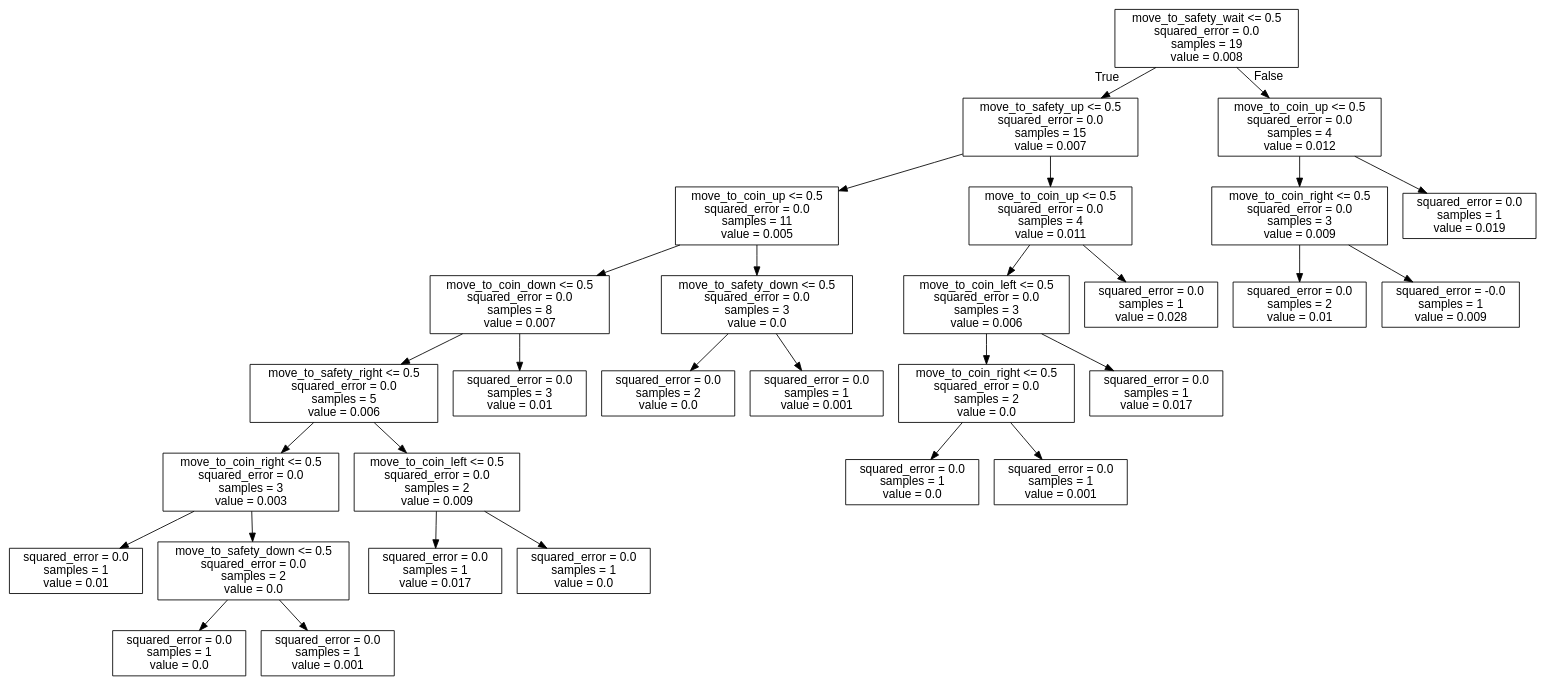
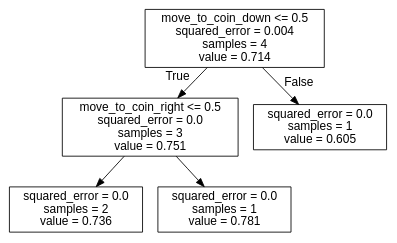
One commit to J-Gann/FML changed the diagram in bomberman_rl/agent_code/my_agent/trees/BOMB.dot. Above: the diagram before and after it, drawn with Graphviz. The commit also changed 10 other files, not shown here.

```diff
--- a/bomberman_rl/agent_code/my_agent/trees/BOMB.dot
+++ b/bomberman_rl/agent_code/my_agent/trees/BOMB.dot
@@ -1,61 +1,13 @@
 digraph Tree {
 node [shape=box, fontname="helvetica"] ;
 edge [fontname="helvetica"] ;
-0 [label="move_to_safety_wait <= 0.5\nsquared_error = 0.0\nsamples = 19\nvalue = 0.008"] ;
-1 [label="move_to_safety_up <= 0.5\nsquared_error = 0.0\nsamples = 15\nvalue = 0.007"] ;
+0 [label="move_to_coin_down <= 0.5\nsquared_error = 0.004\nsamples = 4\nvalue = 0.714"] ;
+1 [label="move_to_coin_right <= 0.5\nsquared_error = 0.0\nsamples = 3\nvalue = 0.751"] ;
 0 -> 1 [labeldistance=2.5, labelangle=45, headlabel="True"] ;
-2 [label="move_to_coin_up <= 0.5\nsquared_error = 0.0\nsamples = 11\nvalue = 0.005"] ;
+2 [label="squared_error = 0.0\nsamples = 2\nvalue = 0.736"] ;
 1 -> 2 ;
-3 [label="move_to_coin_down <= 0.5\nsquared_error = 0.0\nsamples = 8\nvalue = 0.007"] ;
-2 -> 3 ;
-4 [label="move_to_safety_right <= 0.5\nsquared_error = 0.0\nsamples = 5\nvalue = 0.006"] ;
-3 -> 4 ;
-5 [label="move_to_coin_right <= 0.5\nsquared_error = 0.0\nsamples = 3\nvalue = 0.003"] ;
-4 -> 5 ;
-6 [label="squared_error = 0.0\nsamples = 1\nvalue = 0.01"] ;
-5 -> 6 ;
-7 [label="move_to_safety_down <= 0.5\nsquared_error = 0.0\nsamples = 2\nvalue = 0.0"] ;
-5 -> 7 ;
-8 [label="squared_error = 0.0\nsamples = 1\nvalue = 0.0"] ;
-7 -> 8 ;
-9 [label="squared_error = 0.0\nsamples = 1\nvalue = 0.001"] ;
-7 -> 9 ;
-10 [label="move_to_coin_left <= 0.5\nsquared_error = 0.0\nsamples = 2\nvalue = 0.009"] ;
-4 -> 10 ;
-11 [label="squared_error = 0.0\nsamples = 1\nvalue = 0.017"] ;
-10 -> 11 ;
-12 [label="squared_error = 0.0\nsamples = 1\nvalue = 0.0"] ;
-10 -> 12 ;
-13 [label="squared_error = 0.0\nsamples = 3\nvalue = 0.01"] ;
-3 -> 13 ;
-14 [label="move_to_safety_down <= 0.5\nsquared_error = 0.0\nsamples = 3\nvalue = 0.0"] ;
-2 -> 14 ;
-15 [label="squared_error = 0.0\nsamples = 2\nvalue = 0.0"] ;
-14 -> 15 ;
-16 [label="squared_error = 0.0\nsamples = 1\nvalue = 0.001"] ;
-14 -> 16 ;
-17 [label="move_to_coin_up <= 0.5\nsquared_error = 0.0\nsamples = 4\nvalue = 0.011"] ;
-1 -> 17 ;
-18 [label="move_to_coin_left <= 0.5\nsquared_error = 0.0\nsamples = 3\nvalue = 0.006"] ;
-17 -> 18 ;
-19 [label="move_to_coin_right <= 0.5\nsquared_error = 0.0\nsamples = 2\nvalue = 0.0"] ;
-18 -> 19 ;
-20 [label="squared_error = 0.0\nsamples = 1\nvalue = 0.0"] ;
-19 -> 20 ;
-21 [label="squared_error = 0.0\nsamples = 1\nvalue = 0.001"] ;
-19 -> 21 ;
-22 [label="squared_error = 0.0\nsamples = 1\nvalue = 0.017"] ;
-18 -> 22 ;
-23 [label="squared_error = 0.0\nsamples = 1\nvalue = 0.028"] ;
-17 -> 23 ;
-24 [label="move_to_coin_up <= 0.5\nsquared_error = 0.0\nsamples = 4\nvalue = 0.012"] ;
-0 -> 24 [labeldistance=2.5, labelangle=-45, headlabel="False"] ;
-25 [label="move_to_coin_right <= 0.5\nsquared_error = 0.0\nsamples = 3\nvalue = 0.009"] ;
-24 -> 25 ;
-26 [label="squared_error = 0.0\nsamples = 2\nvalue = 0.01"] ;
-25 -> 26 ;
-27 [label="squared_error = -0.0\nsamples = 1\nvalue = 0.009"] ;
-25 -> 27 ;
-28 [label="squared_error = 0.0\nsamples = 1\nvalue = 0.019"] ;
-24 -> 28 ;
+3 [label="squared_error = 0.0\nsamples = 1\nvalue = 0.781"] ;
+1 -> 3 ;
+4 [label="squared_error = 0.0\nsamples = 1\nvalue = 0.605"] ;
+0 -> 4 [labeldistance=2.5, labelangle=-45, headlabel="False"] ;
 }
```
